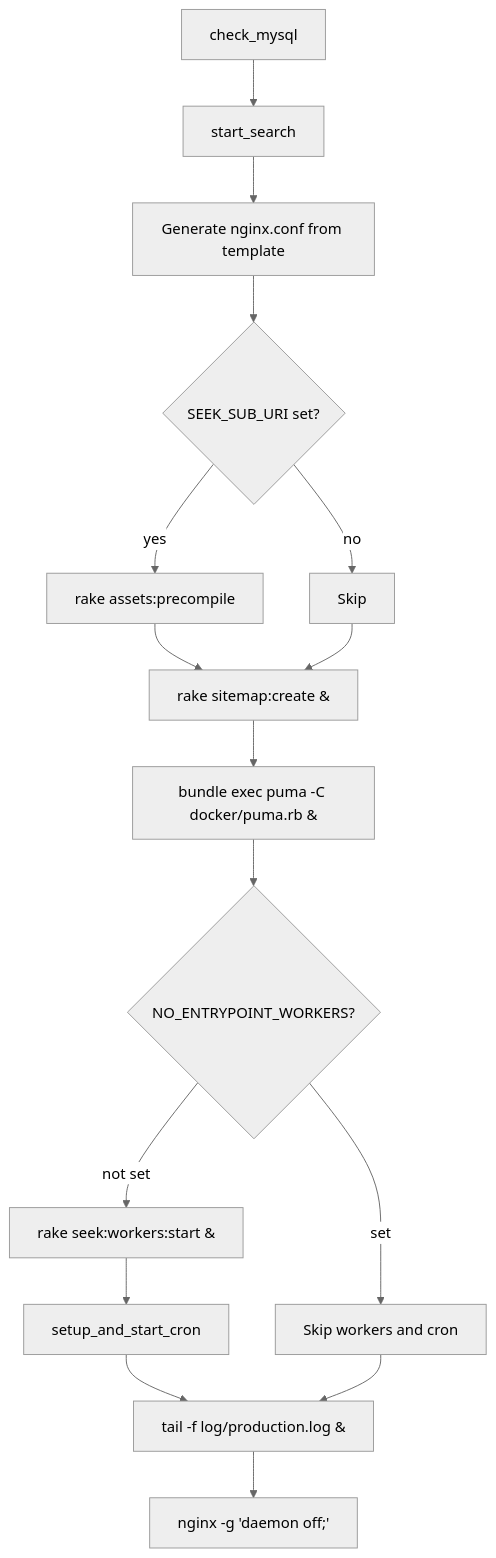
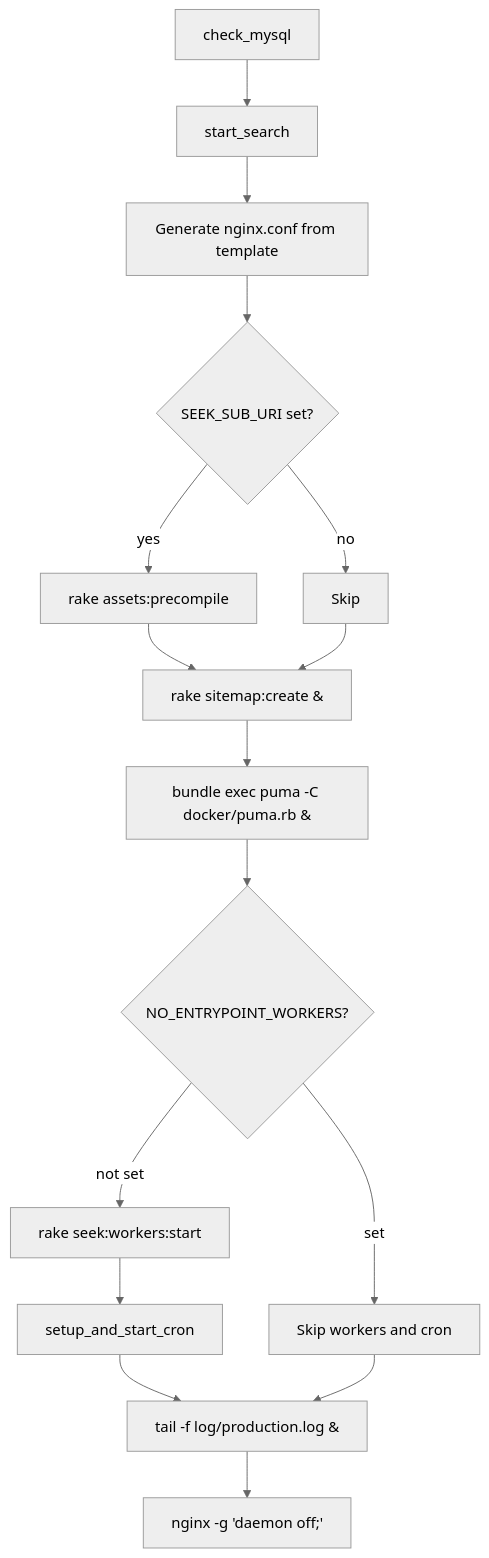
The second of 2 diagrams in _docs/docker.md (stuzart/seek-dev-notes), drawn with Mermaid (neutral theme) before and after one commit. The commit also changed other lines of this file and 12 other files, not shown here.

````diff
--- a/_docs/docker.md
+++ b/_docs/docker.md
@@ -107,18 +107,18 @@
 ```mermaid
 flowchart TD
     A[check_mysql] --> B[start_search]
     B --> C[Generate nginx.conf from template]
     C --> D{SEEK_SUB_URI set?}
     D -->|yes| E[rake assets:precompile]
     D -->|no| F[Skip]
     E --> G
     F --> G[rake sitemap:create &]
     G --> H[bundle exec puma -C docker/puma.rb &]
     H --> I{NO_ENTRYPOINT_WORKERS?}
-    I -->|not set| J[rake seek:workers:start &]
+    I -->|not set| J[rake seek:workers:start]
     J --> K[setup_and_start_cron]
     I -->|set| L[Skip workers and cron]
     K --> M[tail -f log/production.log &]
     L --> M
     M --> N[nginx -g 'daemon off;']
 ```
````
